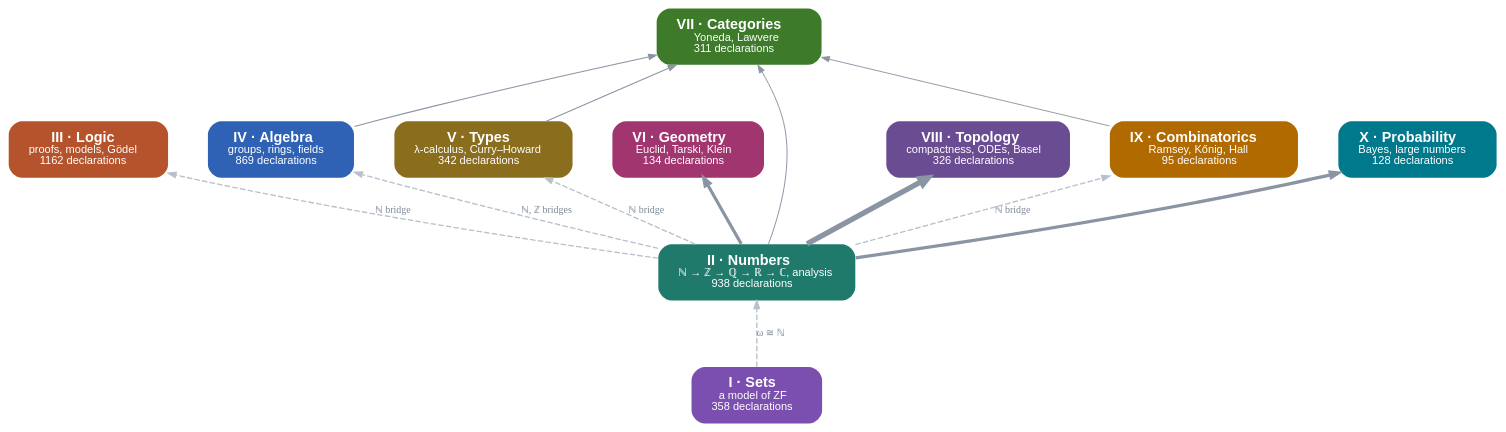
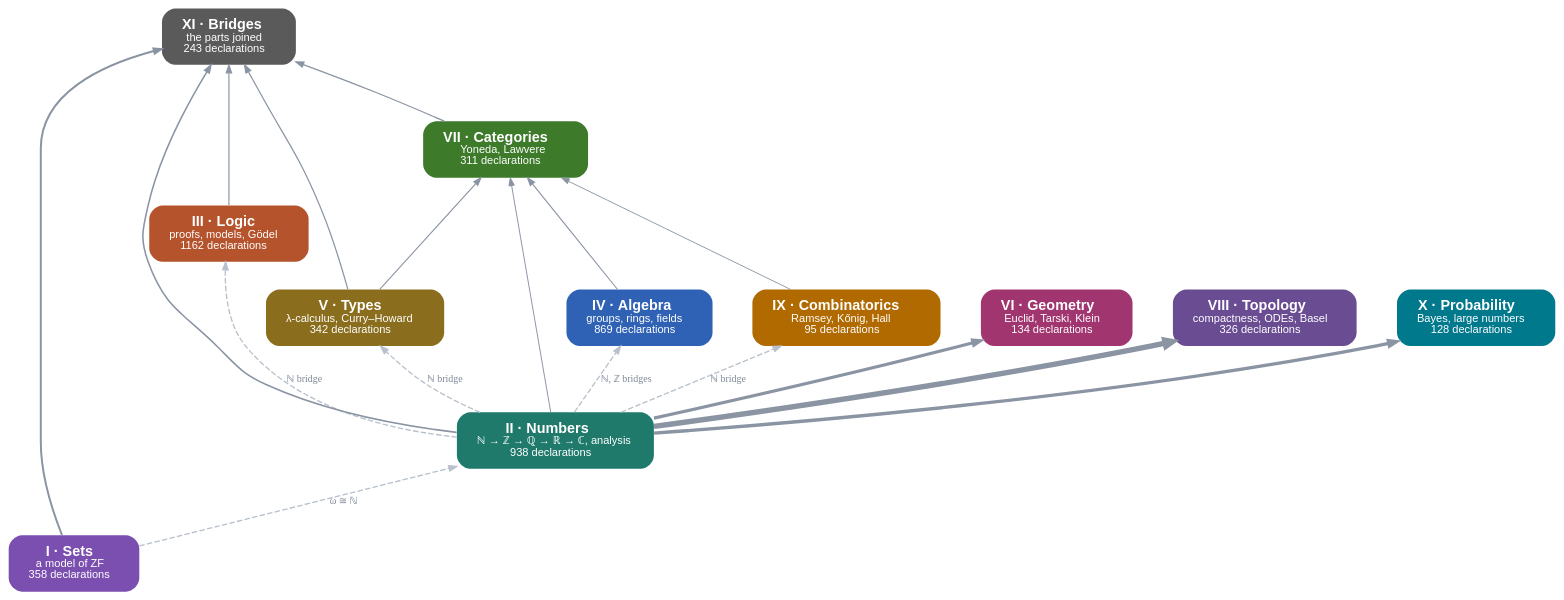
One commit to damianspendel/foundations changed the diagram in site/dist/parts.dot. Above: the diagram before and after it, drawn with Graphviz. The commit also changed 18 other files, not shown here.

First line of the commit message:
Part XI Bridges: ℕ constructions unified, ℤ/ℚ/ℝ inside ZF, Glivenko, ZF category into types

```diff
--- a/site/dist/parts.dot
+++ b/site/dist/parts.dot
@@ -1,27 +1,33 @@
 digraph parts {
 rankdir=BT; bgcolor="transparent"; nodesep=0.5; ranksep=0.7;
 node [shape=box, style="rounded,filled", fontname="Helvetica", fontsize=13, penwidth=0, margin="0.25,0.12"];
 edge [color="#8a94a3", arrowsize=0.7];
 "Sets" [label=<<b>I · Sets</b><br/><font point-size="10">a model of ZF<br/>358 declarations</font>>, fillcolor="#7b4fb0", fontcolor="white"];
 "Numbers" [label=<<b>II · Numbers</b><br/><font point-size="10">ℕ → ℤ → ℚ → ℝ → ℂ, analysis<br/>938 declarations</font>>, fillcolor="#1f7a6c", fontcolor="white"];
 "Logic" [label=<<b>III · Logic</b><br/><font point-size="10">proofs, models, Gödel<br/>1162 declarations</font>>, fillcolor="#b5532c", fontcolor="white"];
 "Algebra" [label=<<b>IV · Algebra</b><br/><font point-size="10">groups, rings, fields<br/>869 declarations</font>>, fillcolor="#2f62b5", fontcolor="white"];
 "Types" [label=<<b>V · Types</b><br/><font point-size="10">λ-calculus, Curry–Howard<br/>342 declarations</font>>, fillcolor="#8a6d1d", fontcolor="white"];
 "Geometry" [label=<<b>VI · Geometry</b><br/><font point-size="10">Euclid, Tarski, Klein<br/>134 declarations</font>>, fillcolor="#a1356f", fontcolor="white"];
 "Categories" [label=<<b>VII · Categories</b><br/><font point-size="10">Yoneda, Lawvere<br/>311 declarations</font>>, fillcolor="#3d7a2a", fontcolor="white"];
 "Topology" [label=<<b>VIII · Topology</b><br/><font point-size="10">compactness, ODEs, Basel<br/>326 declarations</font>>, fillcolor="#6a4c93", fontcolor="white"];
 "Combinatorics" [label=<<b>IX · Combinatorics</b><br/><font point-size="10">Ramsey, Kőnig, Hall<br/>95 declarations</font>>, fillcolor="#b06a00", fontcolor="white"];
 "Probability" [label=<<b>X · Probability</b><br/><font point-size="10">Bayes, large numbers<br/>128 declarations</font>>, fillcolor="#00798c", fontcolor="white"];
+"Bridges" [label=<<b>XI · Bridges</b><br/><font point-size="10">the parts joined<br/>243 declarations</font>>, fillcolor="#5a5a5a", fontcolor="white"];
 "Algebra" -> "Categories" [penwidth=0.98, tooltip="23 uses of Algebra in Categories"];
+"Categories" -> "Bridges" [penwidth=1.13, tooltip="82 uses of Categories in Bridges"];
 "Combinatorics" -> "Categories" [penwidth=0.84, tooltip="1 uses of Combinatorics in Categories"];
+"Logic" -> "Bridges" [penwidth=1.04, tooltip="42 uses of Logic in Bridges"];
+"Numbers" -> "Bridges" [penwidth=1.40, tooltip="267 uses of Numbers in Bridges"];
 "Numbers" -> "Categories" [penwidth=0.88, tooltip="5 uses of Numbers in Categories"];
 "Numbers" -> "Geometry" [penwidth=2.87, tooltip="3189 uses of Numbers in Geometry"];
 "Numbers" -> "Probability" [penwidth=3.01, tooltip="3662 uses of Numbers in Probability"];
 "Numbers" -> "Topology" [penwidth=4.80, tooltip="11945 uses of Numbers in Topology"];
+"Sets" -> "Bridges" [penwidth=1.79, tooltip="738 uses of Sets in Bridges"];
+"Types" -> "Bridges" [penwidth=1.11, tooltip="73 uses of Types in Bridges"];
 "Types" -> "Categories" [penwidth=0.97, tooltip="21 uses of Types in Categories"];
 "Sets" -> "Numbers" [style=dashed, color="#b8c0cc", penwidth=1.2, label=<<font point-size="9" color="#7d8796">ω ≅ ℕ</font>>];
 "Numbers" -> "Logic" [style=dashed, color="#b8c0cc", penwidth=1.2, label=<<font point-size="9" color="#7d8796">ℕ bridge</font>>];
 "Numbers" -> "Algebra" [style=dashed, color="#b8c0cc", penwidth=1.2, label=<<font point-size="9" color="#7d8796">ℕ, ℤ bridges</font>>];
 "Numbers" -> "Types" [style=dashed, color="#b8c0cc", penwidth=1.2, label=<<font point-size="9" color="#7d8796">ℕ bridge</font>>];
 "Numbers" -> "Combinatorics" [style=dashed, color="#b8c0cc", penwidth=1.2, label=<<font point-size="9" color="#7d8796">ℕ bridge</font>>];
 }
```
